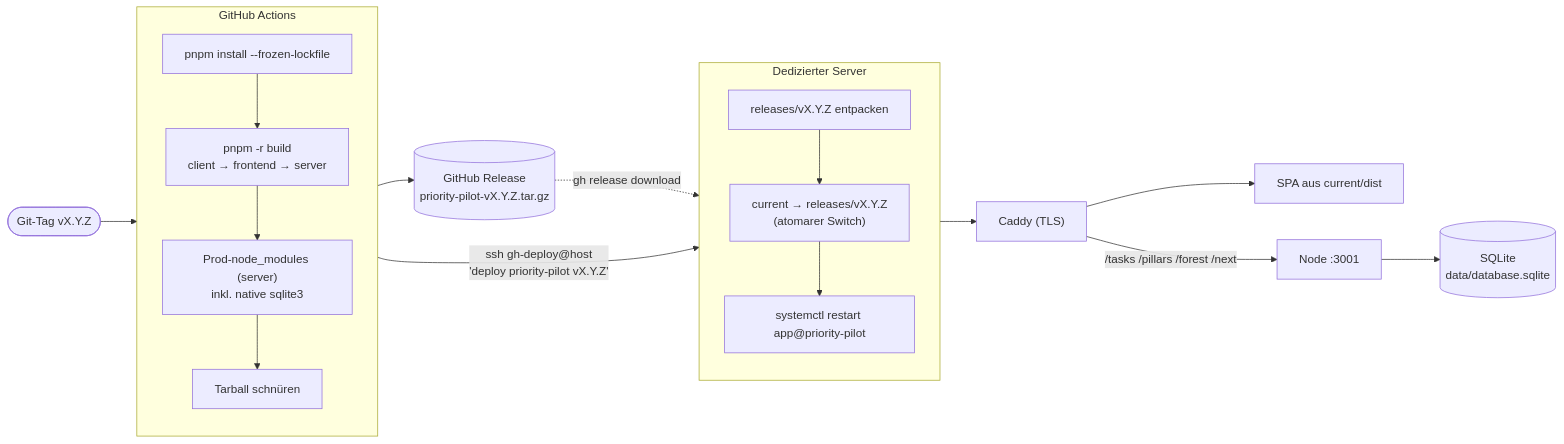
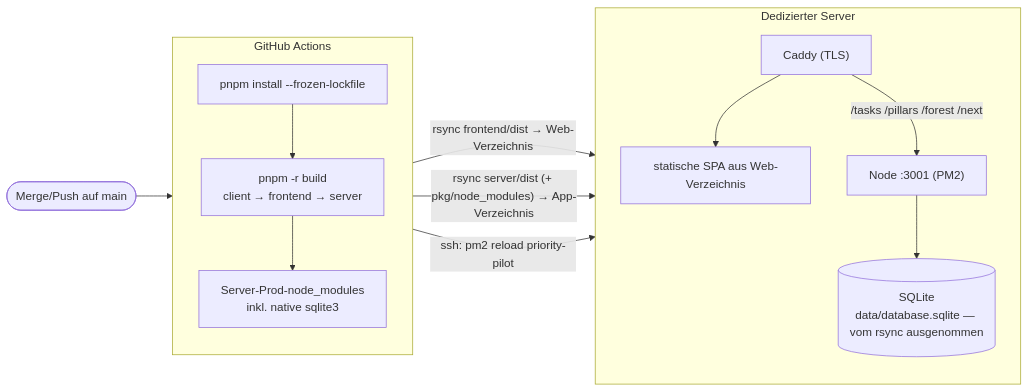
The first of 2 diagrams in docs/deployment.md (deleonio/priority-pilot), drawn with Mermaid before and after one commit. The commit also changed other lines of this file, not shown here.

First line of the commit message:
docs: deployment.md auf main->rsync->PM2 umschreiben (#152)

````diff
--- a/docs/deployment.md
+++ b/docs/deployment.md
@@ -26,25 +34,21 @@
 ```mermaid
 flowchart LR
-    tag([Git-Tag vX.Y.Z]) --> gha
+    merge([Merge/Push auf main]) --> gha
 
     subgraph gha["GitHub Actions"]
         direction TB
         b1["pnpm install --frozen-lockfile"] --> b2["pnpm -r build<br/>client → frontend → server"]
-        b2 --> b3["Prod-node_modules (server)<br/>inkl. native sqlite3"] --> b4["Tarball schnüren"]
+        b2 --> b3["Server-Prod-node_modules<br/>inkl. native sqlite3"]
     end
 
-    gha --> rel[("GitHub Release<br/>priority-pilot-vX.Y.Z.tar.gz")]
-    gha -- "ssh gh-deploy@host<br/>'deploy priority-pilot vX.Y.Z'" --> host
+    gha -- "rsync frontend/dist → Web-Verzeichnis" --> host
+    gha -- "rsync server/dist (+ pkg/node_modules) → App-Verzeichnis" --> host
+    gha -- "ssh: pm2 reload priority-pilot" --> host
 
     subgraph host["Dedizierter Server"]
         direction TB
-        h1["releases/vX.Y.Z entpacken"] --> h2["current → releases/vX.Y.Z<br/>(atomarer Switch)"]
-        h2 --> h3["systemctl restart app@priority-pilot"]
+        caddy["Caddy (TLS)"] --> spa["statische SPA aus Web-Verzeichnis"]
+        caddy -- "/tasks /pillars /forest /next" --> node["Node :3001 (PM2)"]
+        node --> db[("SQLite<br/>data/database.sqlite — vom rsync ausgenommen")]
     end
-
-    rel -. "gh release download" .-> h1
-    h3 --> caddy["Caddy (TLS)"]
-    caddy --> spa["SPA aus current/dist"]
-    caddy -- "/tasks /pillars /forest /next" --> node["Node :3001"]
-    node --> db[("SQLite<br/>data/database.sqlite")]
 ```
````
